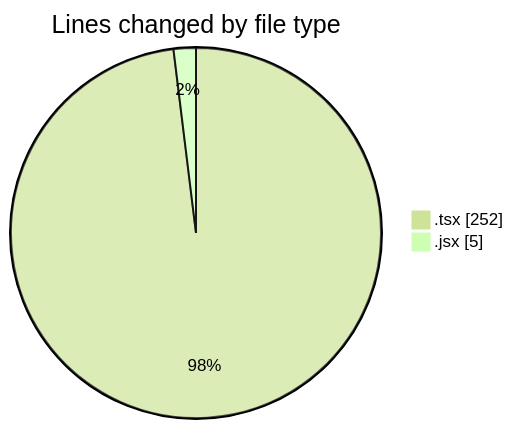
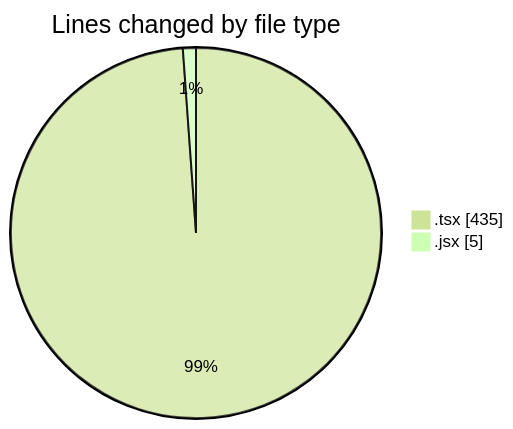
The first of 2 diagrams in 2025-10-13/scopecraft/README.md (Ritupan-Deka/code-tracking), drawn with Mermaid (forest theme) before and after one commit. The commit also changed other lines of this file and 1 other file, not shown here.

````diff
--- a/2025-10-13/scopecraft/README.md
+++ b/2025-10-13/scopecraft/README.md
@@ -23,6 +26,6 @@
 ```mermaid
 pie showData
 title Lines changed by file type
-".tsx" : 252
+".tsx" : 435
 ".jsx" : 5
 ```
````
